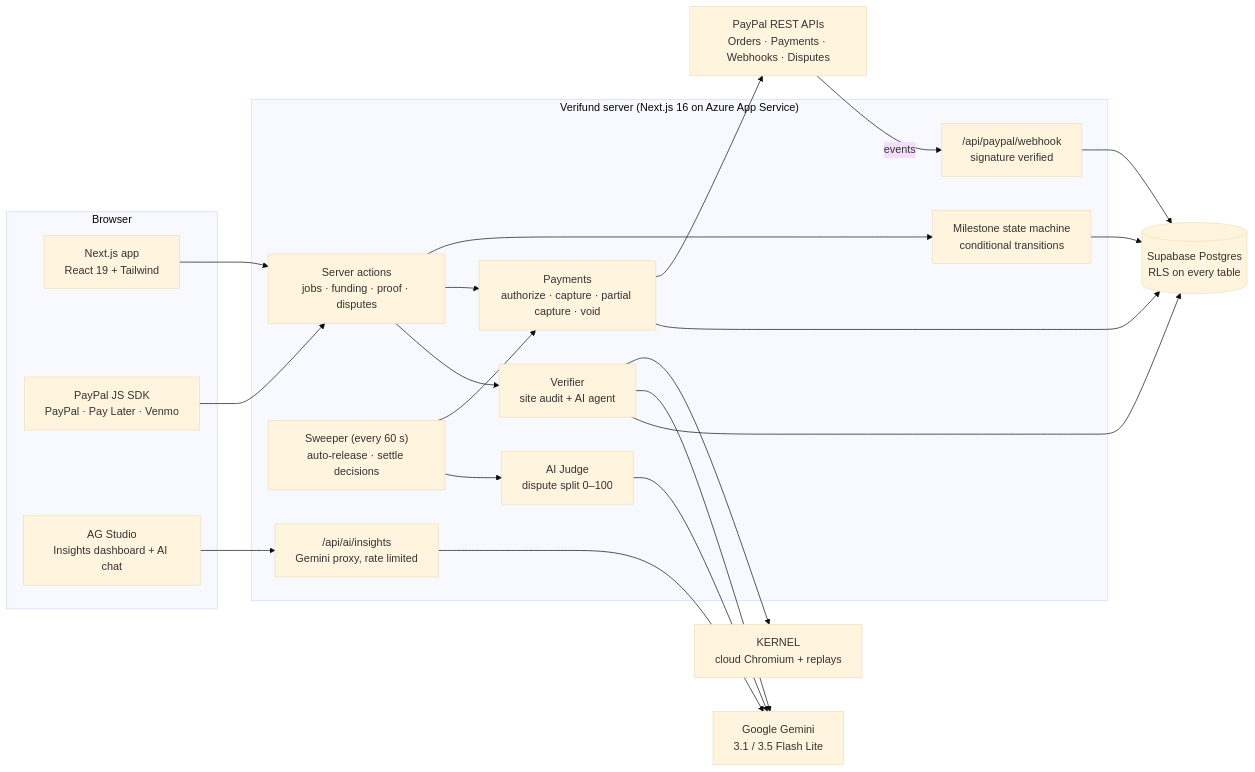
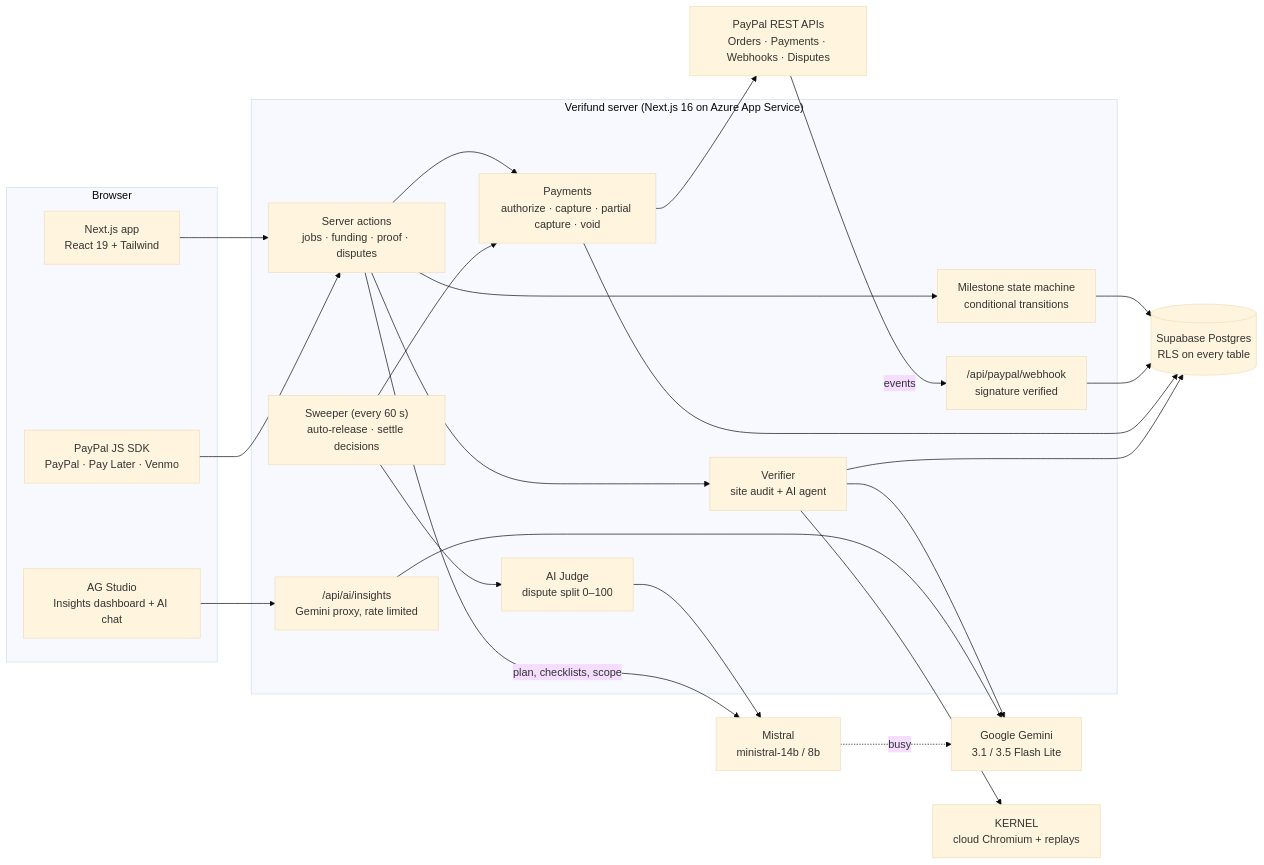
The third of 4 diagrams in README.md (shantanushinde99/PayPal), drawn with Mermaid (base theme) before and after one commit. The commit also changed other lines of this file and 4 other files, not shown here.

````diff
--- a/README.md
+++ b/README.md
@@ -142,40 +142,43 @@
 ```mermaid
 flowchart LR
     subgraph Browser
         UI["Next.js app<br/>React 19 + Tailwind"]
         SDK["PayPal JS SDK<br/>PayPal · Pay Later · Venmo"]
         STUDIO["AG Studio<br/>Insights dashboard + AI chat"]
     end
 
     subgraph Server["Verifund server (Next.js 16 on Azure App Service)"]
         ACT["Server actions<br/>jobs · funding · proof · disputes"]
         SM["Milestone state machine<br/>conditional transitions"]
         PAY["Payments<br/>authorize · capture · partial capture · void"]
         VER["Verifier<br/>site audit + AI agent"]
         JUDGE["AI Judge<br/>dispute split 0–100"]
         SWEEP["Sweeper (every 60 s)<br/>auto-release · settle decisions"]
         HOOK["/api/paypal/webhook<br/>signature verified"]
         AIR["/api/ai/insights<br/>Gemini proxy, rate limited"]
     end
 
     DB[("Supabase Postgres<br/>RLS on every table")]
     PP["PayPal REST APIs<br/>Orders · Payments · Webhooks · Disputes"]
     GEM["Google Gemini<br/>3.1 / 3.5 Flash Lite"]
+    MIS["Mistral<br/>ministral-14b / 8b"]
     KER["KERNEL<br/>cloud Chromium + replays"]
 
     UI --> ACT
     SDK --> ACT
     STUDIO --> AIR
     ACT --> SM --> DB
     ACT --> PAY --> PP
     ACT --> VER
     VER --> KER
     VER --> GEM
-    JUDGE --> GEM
+    JUDGE --> MIS
+    ACT -- plan, checklists, scope --> MIS
+    MIS -. busy .-> GEM
     AIR --> GEM
     SWEEP --> PAY
     SWEEP --> JUDGE
     PP -- events --> HOOK --> DB
     PAY --> DB
     VER --> DB
 ```
````
